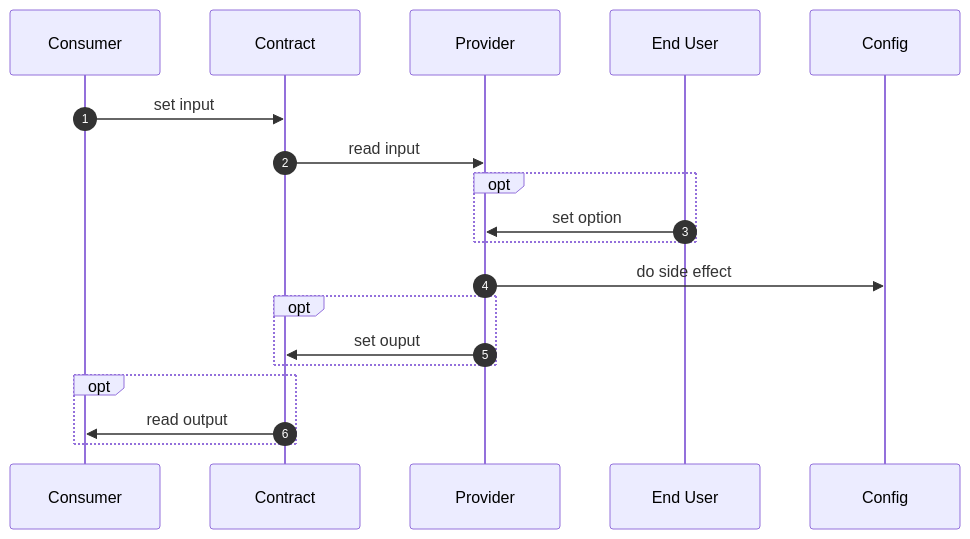
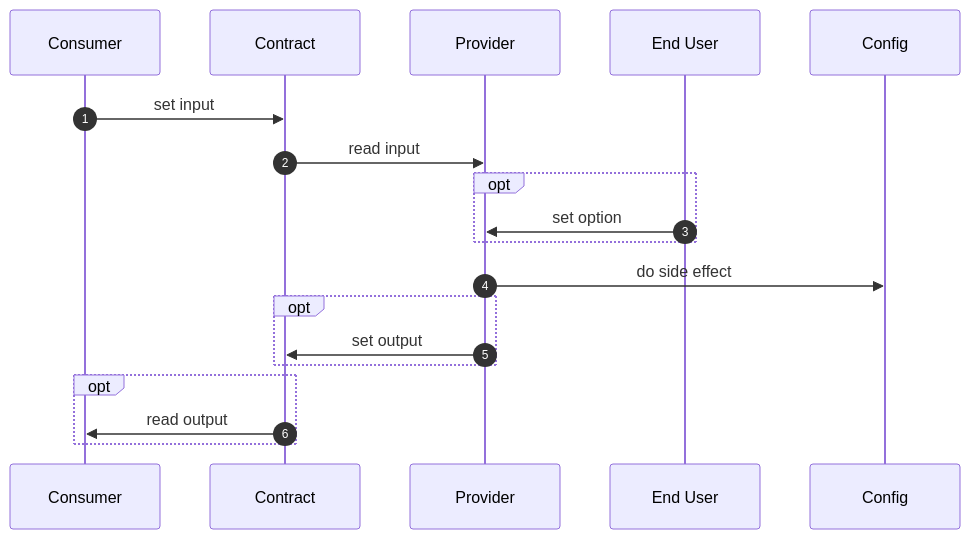
One commit to NixOS/rfcs changed the second of 2 diagrams in rfcs/0189-contracts.md. Above: the diagram before and after it, drawn with Mermaid. The commit also changed other lines of this file, not shown here.

````diff
--- a/rfcs/0189-contracts.md
+++ b/rfcs/0189-contracts.md
@@ -157,21 +147,21 @@
 ```mermaid
 sequenceDiagram
-  participant Consumer as Consumer
-  participant Contract as Contract
-  participant Provider as Provider
+  participant Consumer
+  participant Contract
+  participant Provider
   participant EndUser as End User
-  participant Config as Config
+  participant Config
   autonumber
   Consumer ->> Contract: set input
   Contract ->> Provider: read input
   opt
     EndUser ->> Provider: set option
   end
   Provider ->> Config: do side effect
   opt
-    Provider ->> Contract: set ouput
+    Provider ->> Contract: set output
   end
   opt
     Contract ->> Consumer: read output
   end
 ```
````
